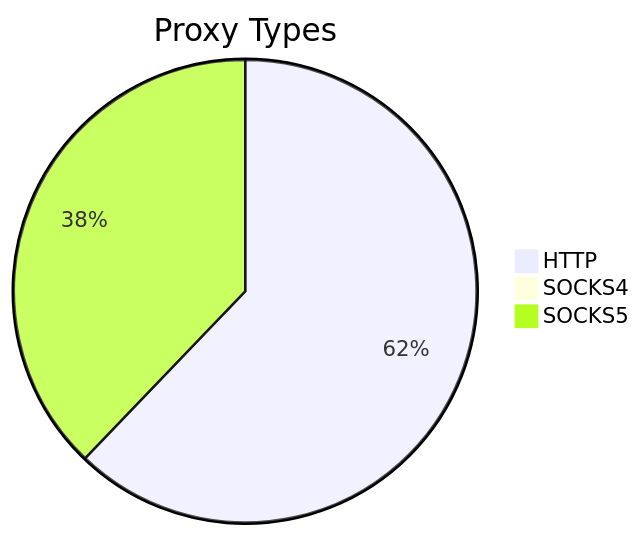
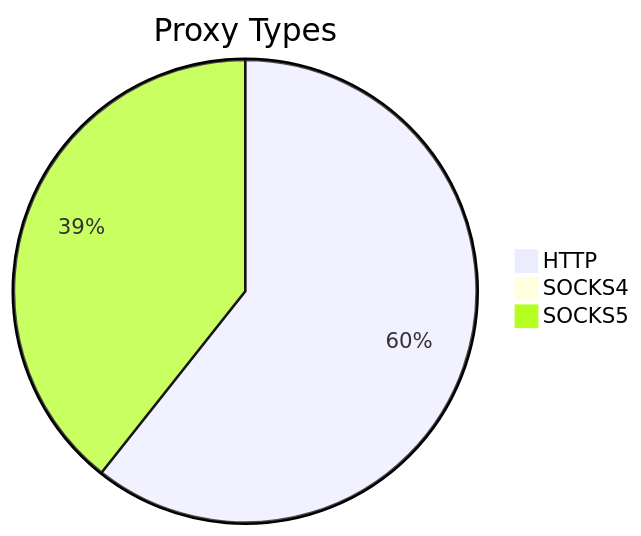
Before and after one commit to stormsia/proxy-list: the first of 2 diagrams in README.md, drawn with Mermaid. The commit also changed other lines of this file, not shown here.

````diff
--- a/README.md
+++ b/README.md
@@ -21,6 +21,6 @@
 ```mermaid
 pie title Proxy Types
-    "HTTP" : 1334
-    "SOCKS4" : 14
-    "SOCKS5" : 812
+    "HTTP" : 1240
+    "SOCKS4" : 11
+    "SOCKS5" : 804
 ```
````
